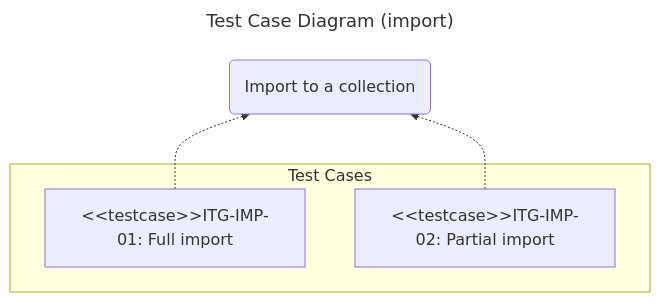
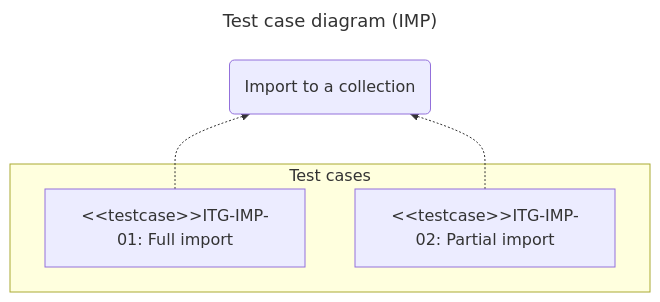
The third of 4 diagrams in docs/spec/tests/integration.en.md (chromiodev/chromie-tool), drawn with Mermaid before and after one commit. The commit also changed other lines of this file and 25 other files, not shown here.

````diff
--- a/docs/spec/tests/integration.en.md
+++ b/docs/spec/tests/integration.en.md
@@ -151,18 +151,18 @@
 ```mermaid
 ---
-title: Test Case Diagram (import)
+title: Test case diagram (IMP)
 config:
 ---
 
 graph BT
   %% use cases
   importColl@{ shape: "rounded", label: "Import to a collection" }
 
-  subgraph "Test Cases"
+  subgraph "Test cases"
     importFullColl@{ scope="rounded", label: "#lt;#lt;testcase>>ITG-IMP-01: Full import" }
     importPartialColl@{ scope="rounded", label: "#lt;#lt;testcase>>ITG-IMP-02: Partial import" }
   end
 
   importFullColl -.-> importColl
   importPartialColl -.-> importColl
 ```
````
